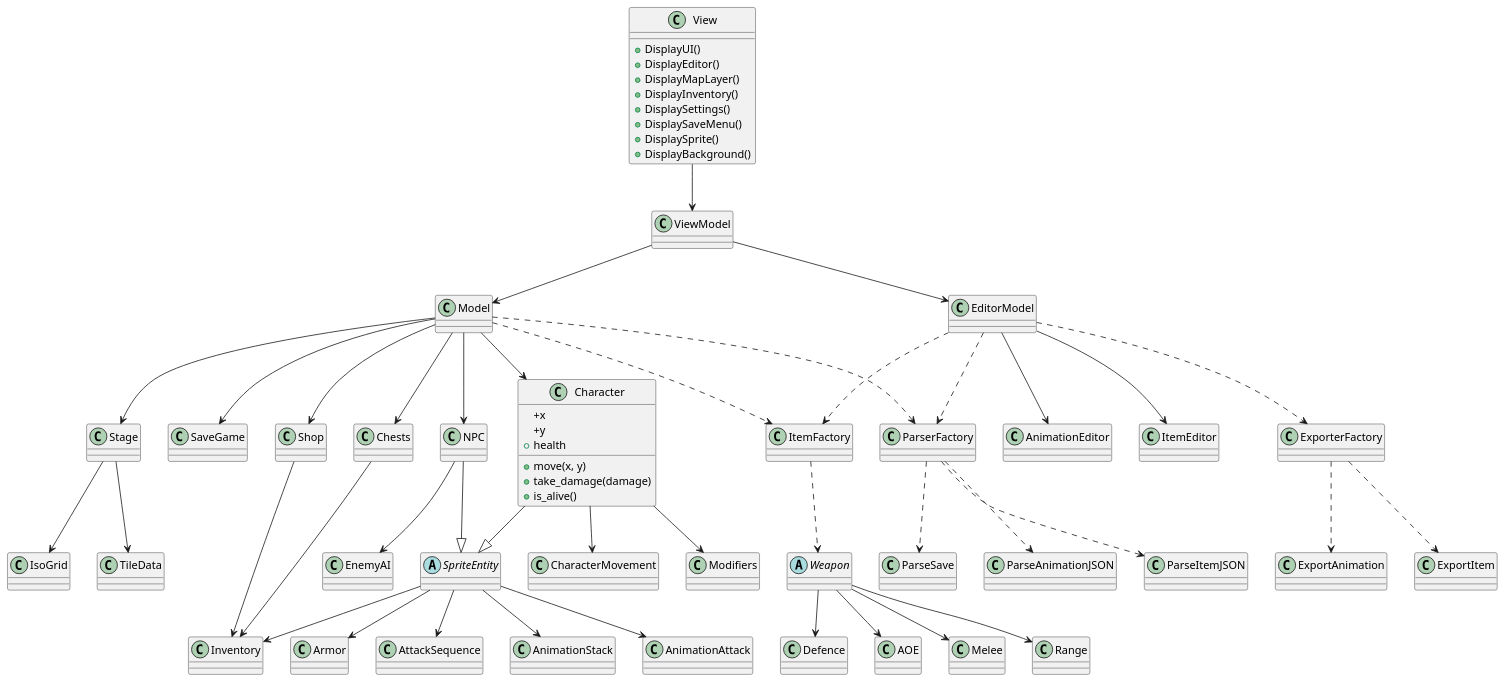
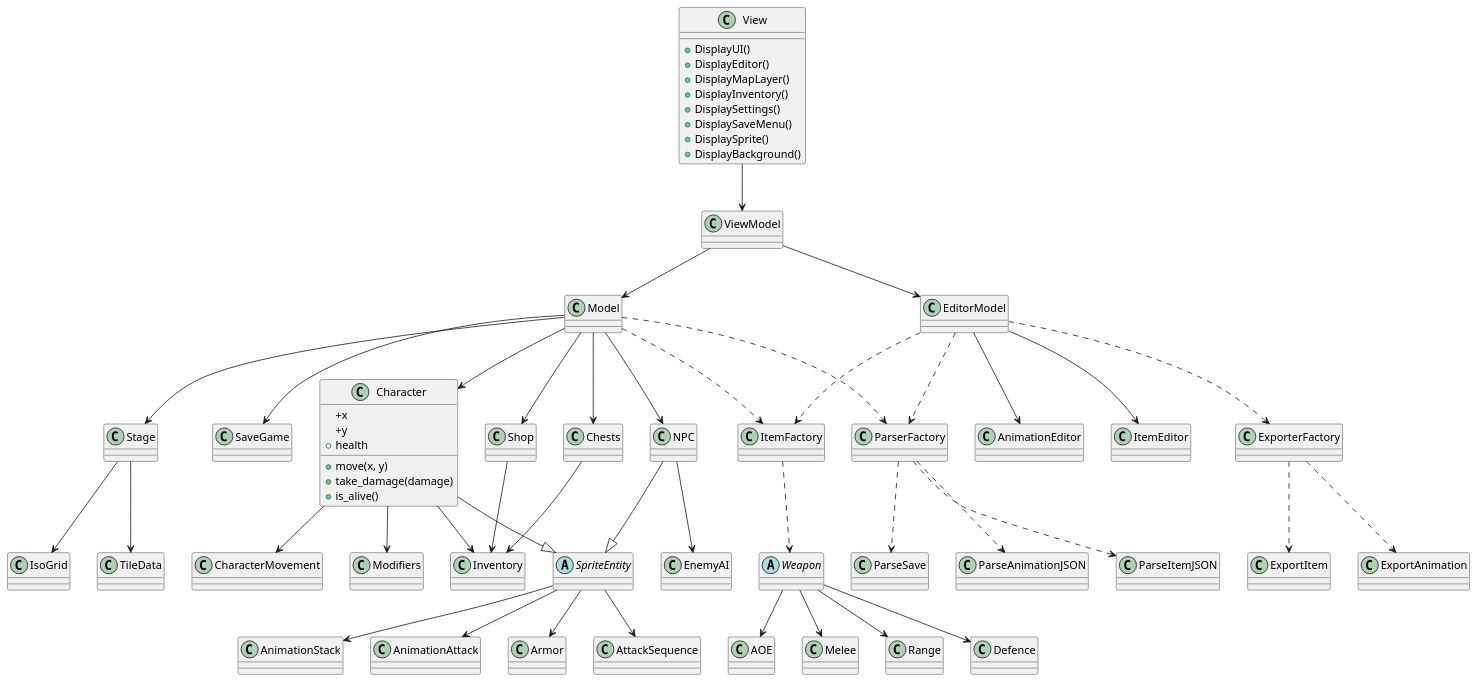
Before and after one commit to Uthjos/Project-Lapis-: the diagram in Design/Class Diagram.puml, drawn with PlantUML.

Commit message:
moved Inventory from SpriteEntity to Character enemy will drop items.

```diff
--- a/Design/Class Diagram.puml
+++ b/Design/Class Diagram.puml
@@ -174,6 +174,7 @@
 Character --|> SpriteEntity
 Character --> CharacterMovement
 Character --> Modifiers
+Character --> Inventory
 
 
 NPC --|> SpriteEntity
@@ -183,7 +184,6 @@
 SpriteEntity --> AnimationStack
 SpriteEntity --> Armor
 SpriteEntity --> AttackSequence
-SpriteEntity --> Inventory
 
 
 Shop --> Inventory
```
